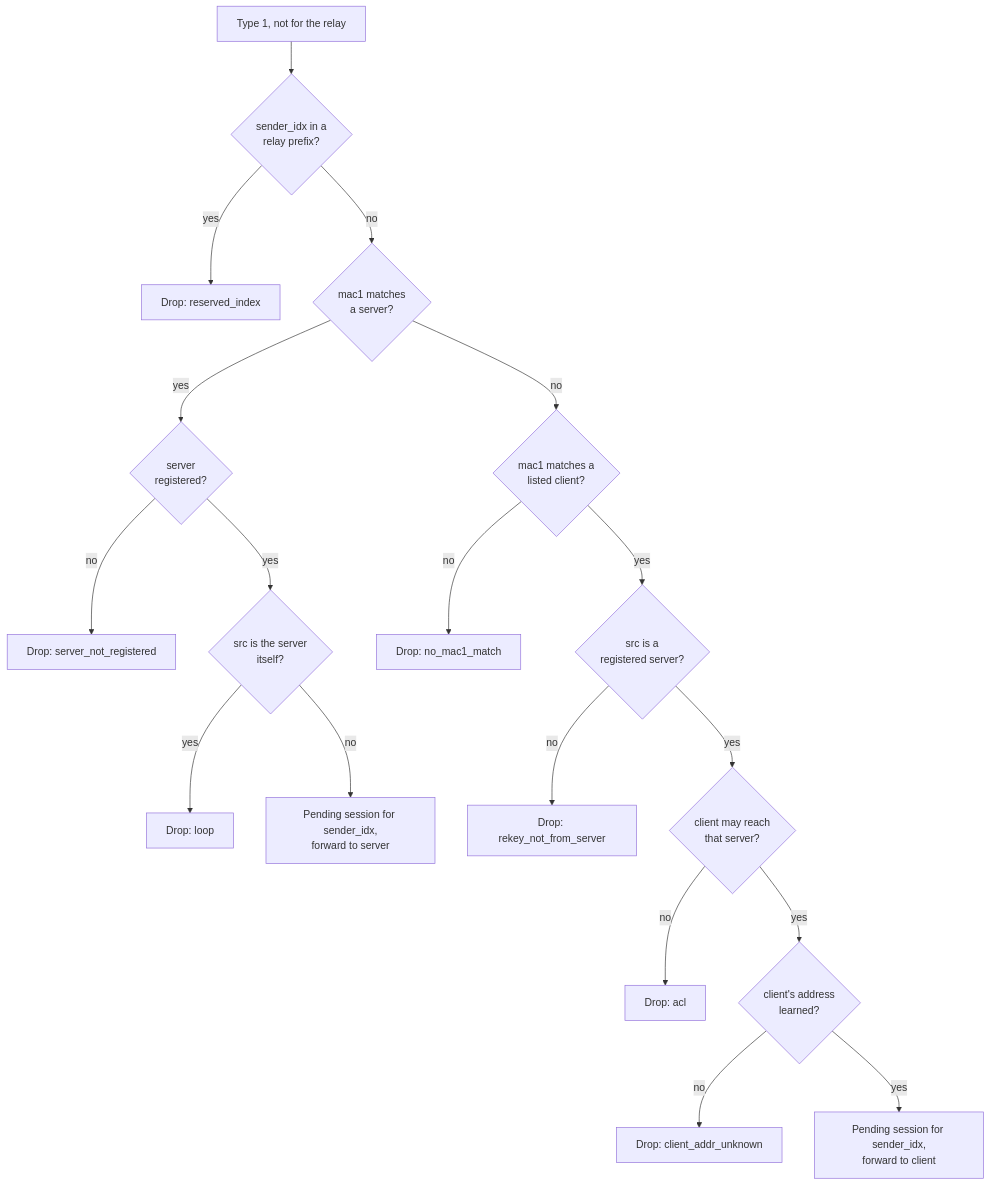
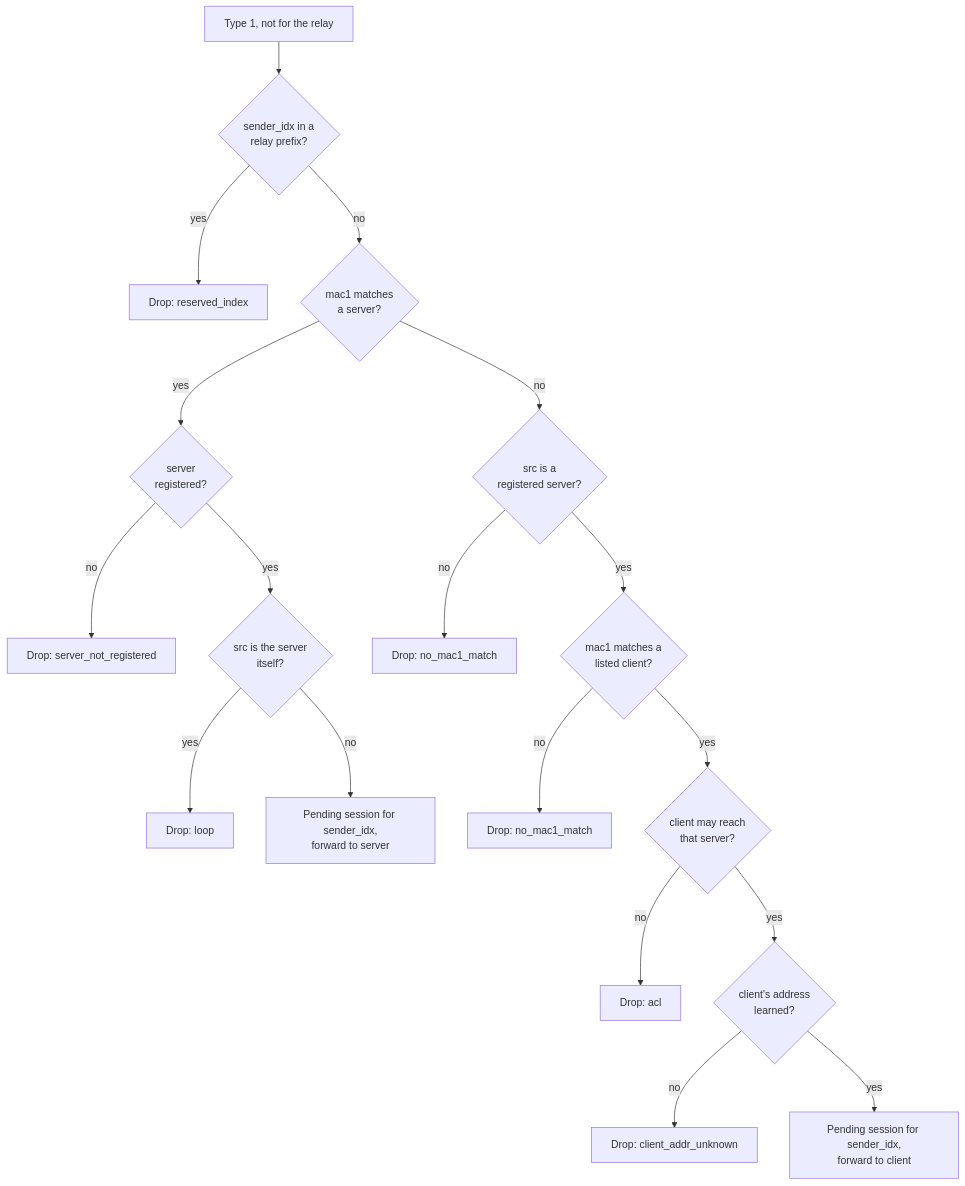
Diagram 15 of 22 in docs/how-it-works.md (3alpha/wg-relay), drawn with Mermaid before and after one commit. The commit also changed other lines of this file, not shown here.

````diff
--- a/docs/how-it-works.md
+++ b/docs/how-it-works.md
@@ -366,20 +609,20 @@
 ```mermaid
 flowchart TD
     A["Type 1, not for the relay"] --> R{"sender_idx in a<br/>relay prefix?"}
     R -- yes --> X0["Drop: reserved_index"]
     R -- no --> B{"mac1 matches<br/>a server?"}
     B -- yes --> C{"server<br/>registered?"}
     C -- no --> X1["Drop: server_not_registered"]
     C -- yes --> L{"src is the server<br/>itself?"}
     L -- yes --> X2["Drop: loop"]
     L -- no --> OK1["Pending session for sender_idx,<br/>forward to server"]
-    B -- no --> E{"mac1 matches a<br/>listed client?"}
-    E -- no --> X3["Drop: no_mac1_match"]
-    E -- yes --> F{"src is a<br/>registered server?"}
-    F -- no --> X4["Drop: rekey_not_from_server"]
-    F -- yes --> G{"client may reach<br/>that server?"}
+    B -- no --> F{"src is a<br/>registered server?"}
+    F -- no --> X3["Drop: no_mac1_match"]
+    F -- yes --> E{"mac1 matches a<br/>listed client?"}
+    E -- no --> X4["Drop: no_mac1_match"]
+    E -- yes --> G{"client may reach<br/>that server?"}
     G -- no --> X5["Drop: acl"]
     G -- yes --> H{"client's address<br/>learned?"}
     H -- no --> X6["Drop: client_addr_unknown"]
     H -- yes --> OK2["Pending session for sender_idx,<br/>forward to client"]
 ```
````
